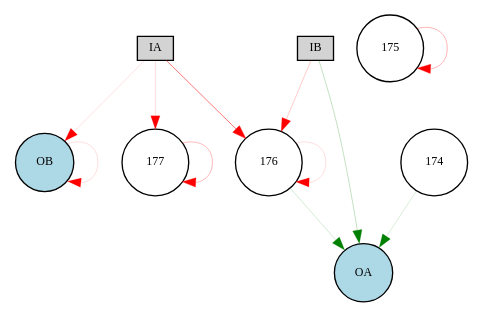
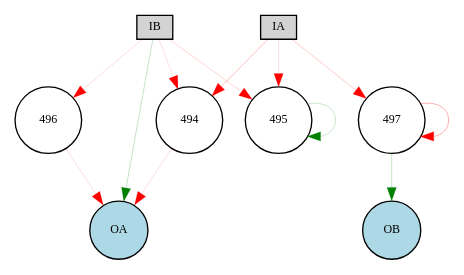
Before and after one commit to danxan/neuromorphic-evolution: the diagram in source/cont_exp/Digraph.gv, drawn with Graphviz. The commit also changed 6 other files, not shown here.

```diff
--- a/source/cont_exp/Digraph.gv
+++ b/source/cont_exp/Digraph.gv
@@ -1,20 +1,22 @@
 digraph {
 	node [fontsize=9 height=0.2 shape=circle width=0.2]
 	IA [fillcolor=lightgray shape=box style=filled]
 	IB [fillcolor=lightgray shape=box style=filled]
 	OA [fillcolor=lightblue style=filled]
 	OB [fillcolor=lightblue style=filled]
-	174 [fillcolor=white style=filled]
-	176 [fillcolor=white style=filled]
-	IA -> 176 [color=red penwidth=0.40122274795632207 style=solid]
-	IA -> 177 [color=red penwidth=0.1 style=solid]
-	IB -> 176 [color=red penwidth=0.1553078711956373 style=solid]
-	174 -> OA [color=green penwidth=0.1120571334097662 style=solid]
-	176 -> OA [color=green penwidth=0.1297409282587883 style=solid]
-	IA -> OB [color=red penwidth=0.1 style=solid]
-	IB -> OA [color=green penwidth=0.18144240409041257 style=solid]
-	OB -> OB [color=red penwidth=0.1 style=solid]
-	175 -> 175 [color=red penwidth=0.21684120330705553 style=solid]
-	176 -> 176 [color=red penwidth=0.1 style=solid]
-	177 -> 177 [color=red penwidth=0.21204994118253973 style=solid]
+	494 [fillcolor=white style=filled]
+	496 [fillcolor=white style=filled]
+	497 [fillcolor=white style=filled]
+	IA -> 494 [color=red penwidth=0.21104272569484228 style=solid]
+	IA -> 495 [color=red penwidth=0.11100713943782133 style=solid]
+	IA -> 497 [color=red penwidth=0.16266430442110993 style=solid]
+	IB -> 494 [color=red penwidth=0.10062112867279721 style=solid]
+	IB -> 495 [color=red penwidth=0.12817141299674925 style=solid]
+	IB -> 496 [color=red penwidth=0.10882254454450625 style=solid]
+	494 -> OA [color=red penwidth=0.1 style=solid]
+	496 -> OA [color=red penwidth=0.1 style=solid]
+	497 -> OB [color=green penwidth=0.18443767095635544 style=solid]
+	IB -> OA [color=green penwidth=0.17342831611214266 style=solid]
+	495 -> 495 [color=green penwidth=0.1511372136418016 style=solid]
+	497 -> 497 [color=red penwidth=0.24392326024828417 style=solid]
 }
```
